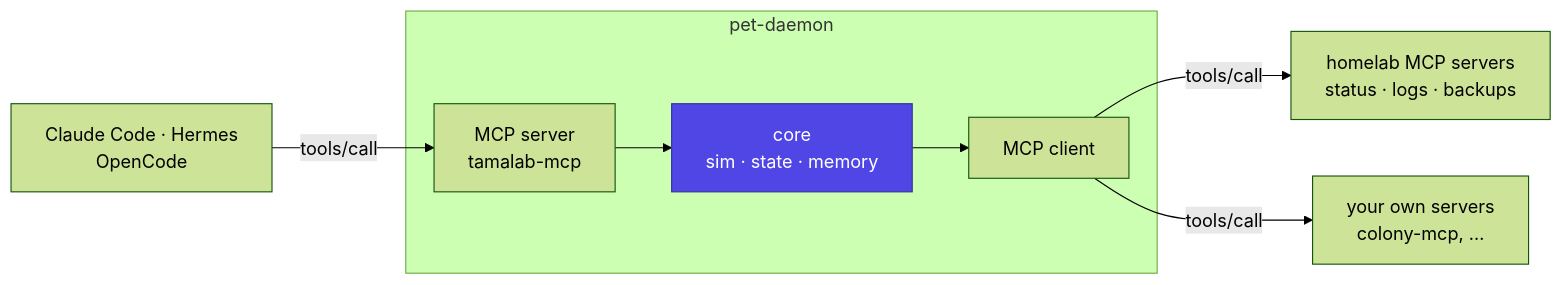
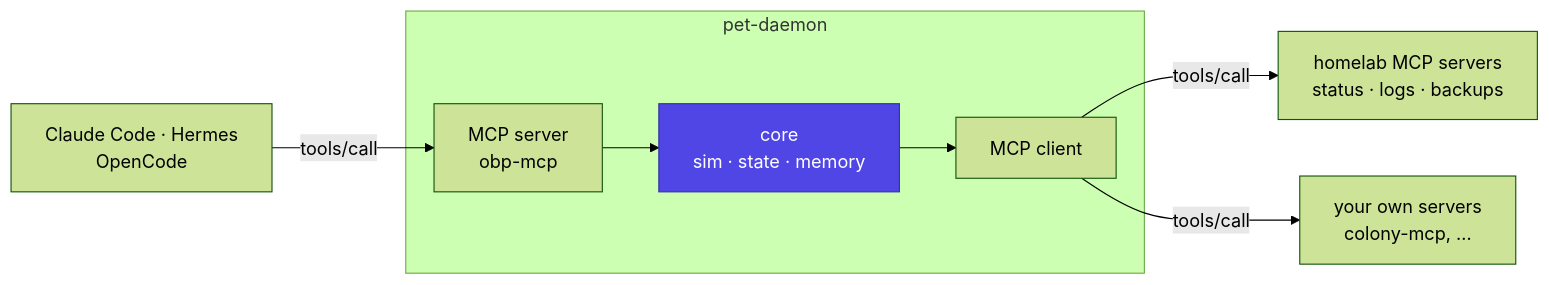
The first of 4 diagrams in docs/architecture/mcp.md (jcarranz97/open-body-protocol), drawn with Mermaid (forest theme) before and after one commit. The commit also changed other lines of this file and 33 other files, not shown here.

````diff
--- a/docs/architecture/mcp.md
+++ b/docs/architecture/mcp.md
@@ -8,21 +8,21 @@
 ```mermaid
 flowchart LR
     subgraph Daemon["pet-daemon"]
         CORE["core<br/>sim · state · memory"]
         CLI["MCP client"]
-        SRV["MCP server<br/>tamalab-mcp"]
+        SRV["MCP server<br/>obp-mcp"]
     end
 
     HL1["homelab MCP servers<br/>status · logs · backups"]
     HL2["your own servers<br/>colony-mcp, …"]
     AG["Claude Code · Hermes<br/>OpenCode"]
 
     CORE --> CLI
     CLI -->|"tools/call"| HL1
     CLI -->|"tools/call"| HL2
     AG -->|"tools/call"| SRV
     SRV --> CORE
 
     classDef core fill:#4f46e5,stroke:#3730a3,color:#fff
     class CORE core
 ```
````
